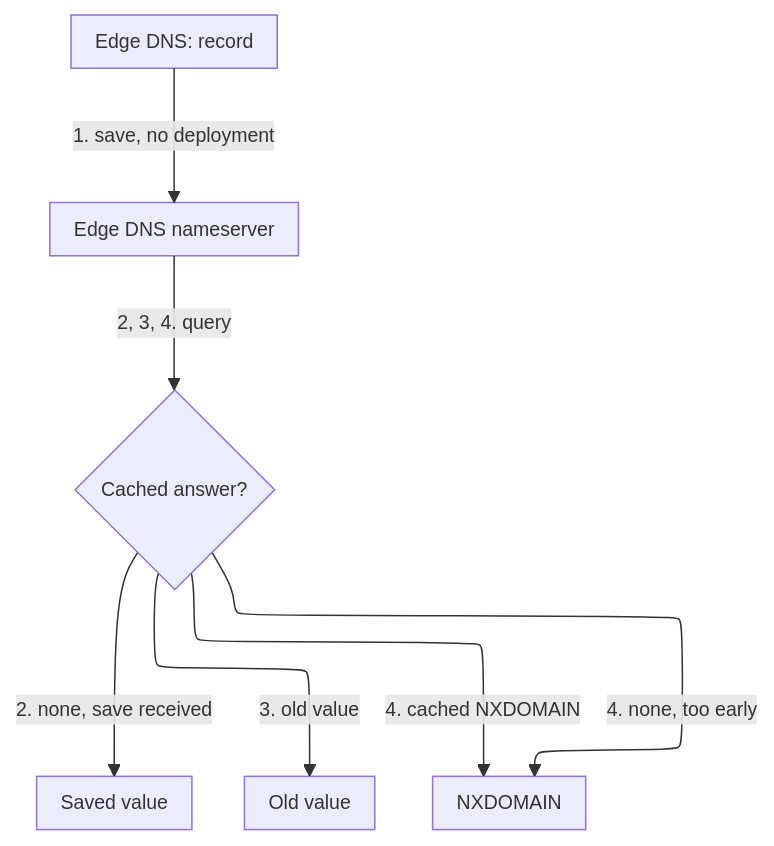
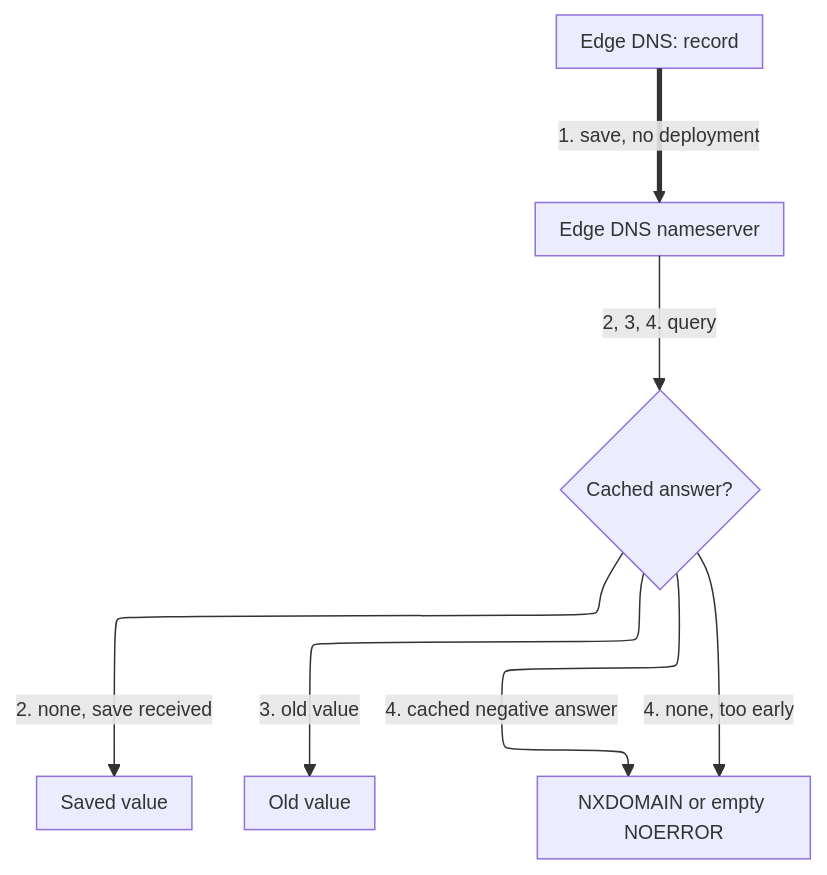
One commit to aziontech/docs changed the second of 4 diagrams in apps/docs/src/content/docs/en/pages/secure/edge-dns/how-it-works.mdx. Above: the diagram before and after it, drawn with Mermaid. The commit also changed other lines of this file and 8 other files, not shown here.

Commit message:
fix(edge-dns): cover the cached empty answer for a new type and tighten the concept pages

````diff
--- a/apps/docs/src/content/docs/en/pages/secure/edge-dns/how-it-works.mdx
+++ b/apps/docs/src/content/docs/en/pages/secure/edge-dns/how-it-works.mdx
@@ -63,16 +65,16 @@
 ```mermaid
 %%{init: {"layout": "elk", "themeVariables": {"fontSize": "13px"}, "flowchart": {"nodeSpacing": 24, "rankSpacing": 36, "padding": 8, "wrappingWidth": 150, "useMaxWidth": true}, "sequence": {"width": 120, "actorMargin": 30, "useMaxWidth": true}}}%%
 flowchart TD
   Rec["Edge DNS: record"]
   NS["Edge DNS nameserver"]
   Check{"Cached answer?"}
   New["Saved value"]
   Old["Old value"]
-  Neg["NXDOMAIN"]
-  Rec -->|"1. save, no deployment"| NS
+  Neg["NXDOMAIN or empty NOERROR"]
+  Rec ==>|"1. save, no deployment"| NS
   NS -->|"2, 3, 4. query"| Check
   Check -->|"2. none, save received"| New
   Check -->|"3. old value"| Old
   Check -->|"4. none, too early"| Neg
-  Check -->|"4. cached NXDOMAIN"| Neg
+  Check -->|"4. cached negative answer"| Neg
 ```
````
